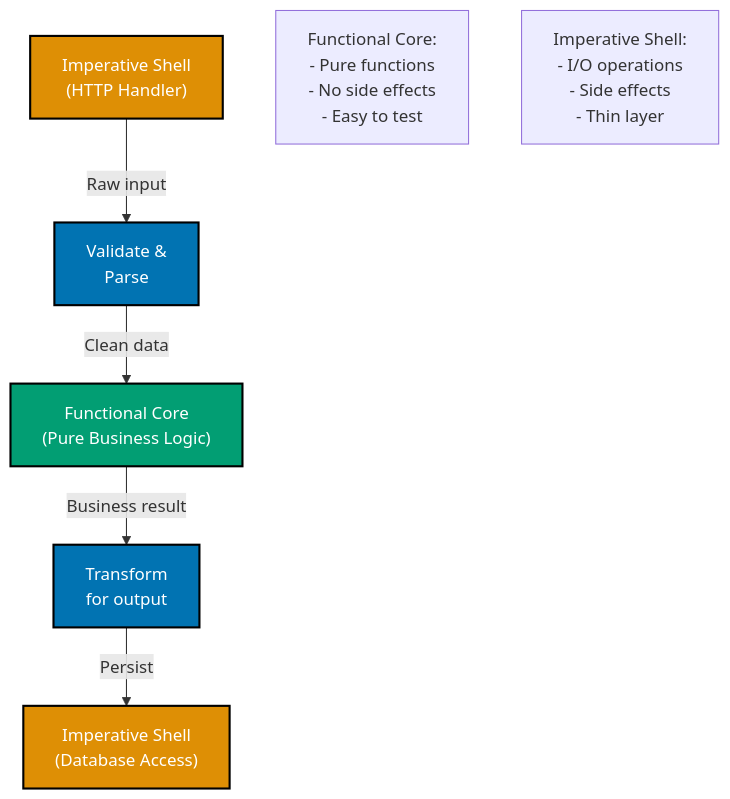
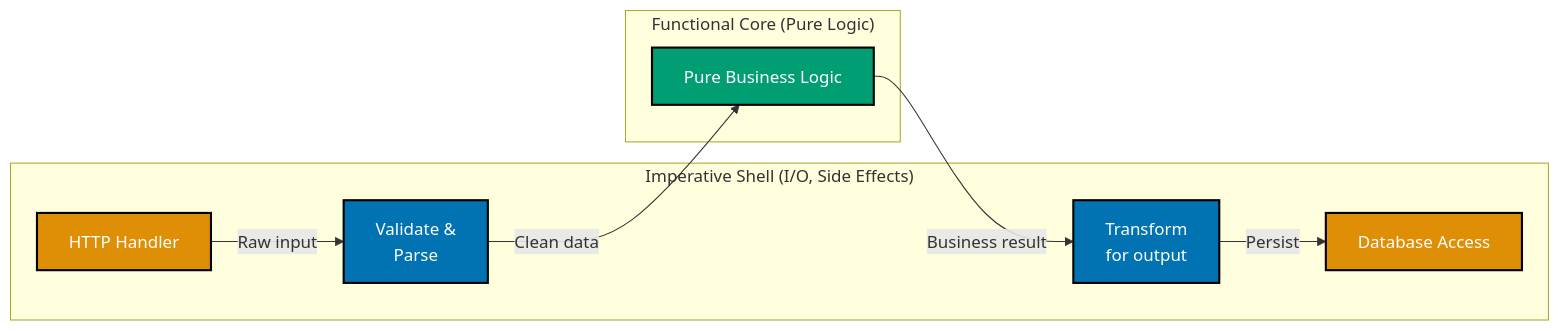
The second of 3 diagrams in docs/explanation/software-engineering/programming-languages/typescript/functional-programming.md (wahidyankf/open-sharia-enterprise), drawn with Mermaid before and after one commit. The commit also changed 16 other files, not shown here.

First line of the commit message:
fix(docs): fix mermaid violations in typescript docs

````diff
--- a/docs/explanation/software-engineering/programming-languages/typescript/functional-programming.md
+++ b/docs/explanation/software-engineering/programming-languages/typescript/functional-programming.md
@@ -125,19 +125,22 @@
 ```mermaid
 %% Color Palette: Blue #0173B2, Orange #DE8F05, Teal #029E73, Purple #CC78BC, Brown #CA9161
-graph TD
-    Shell1["Imperative Shell<br/>#40;HTTP Handler#41;"]:::orange
-    Core["Functional Core<br/>#40;Pure Business Logic#41;"]:::teal
-    Shell2["Imperative Shell<br/>#40;Database Access#41;"]:::orange
+graph LR
+    subgraph ImperativeShell["Imperative Shell (I/O, Side Effects)"]
+        Shell1["HTTP Handler"]:::orange
+        Validation["Validate &<br/>Parse"]:::blue
+        Transform["Transform<br/>for output"]:::blue
+        Shell2["Database Access"]:::orange
+    end
+    subgraph FunctionalCore["Functional Core (Pure Logic)"]
+        Core["Pure Business Logic"]:::teal
+    end
 
-    Shell1 -->|Raw input| Validation["Validate &<br/>Parse"]:::blue
+    Shell1 -->|Raw input| Validation
     Validation -->|Clean data| Core
-    Core -->|Business result| Transform["Transform<br/>for output"]:::blue
+    Core -->|Business result| Transform
     Transform -->|Persist| Shell2
-
-    Note1["Functional Core:<br/>- Pure functions<br/>- No side effects<br/>- Easy to test"]
-    Note2["Imperative Shell:<br/>- I/O operations<br/>- Side effects<br/>- Thin layer"]
 
     classDef blue fill:#0173B2,stroke:#000000,color:#FFFFFF,stroke-width:2px
     classDef orange fill:#DE8F05,stroke:#000000,color:#FFFFFF,stroke-width:2px
     classDef teal fill:#029E73,stroke:#000000,color:#FFFFFF,stroke-width:2px
 ```
````
